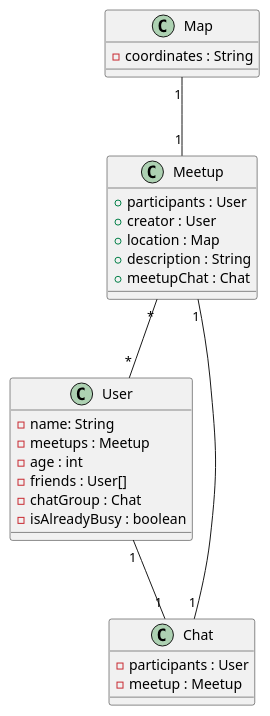
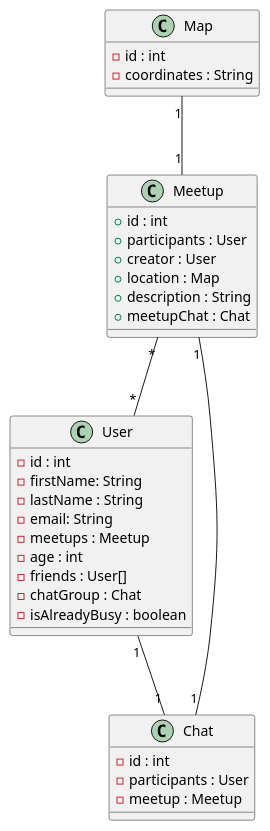
The diagram in asciidocs/Klassendiagramm.adoc (2223-3bhif-syp/02-projekte-mopedmeetup), drawn with PlantUML before and after one commit.

Commit message:
Configured class diagramm

```diff
--- a/asciidocs/Klassendiagramm.adoc
+++ b/asciidocs/Klassendiagramm.adoc
@@ -6,31 +6,37 @@
 [plantuml, target=diagram-classes, format=png]
 ....
 class User {
-    - name: String
+    - id : int
+    - firstName: String
+    - lastName : String
+    - email: String
     - meetups : Meetup
     - age : int
     - friends : User[]
     - chatGroup : Chat
     - isAlreadyBusy : boolean
 }
 class Meetup {
+    + id : int
     + participants : User
     + creator : User
     + location : Map
     + description : String
     + meetupChat : Chat
 }
 
 class Map {
+    - id : int
     - coordinates : String
 }
 class Chat {
+    - id : int
     - participants : User
     - meetup : Meetup
 }
 
 Meetup "*"--"*" User : ""
 Map "1"--"1" Meetup : ""
 Meetup "1"--"1" Chat : ""
 User "1"--"1" Chat : ""
 ....
```
